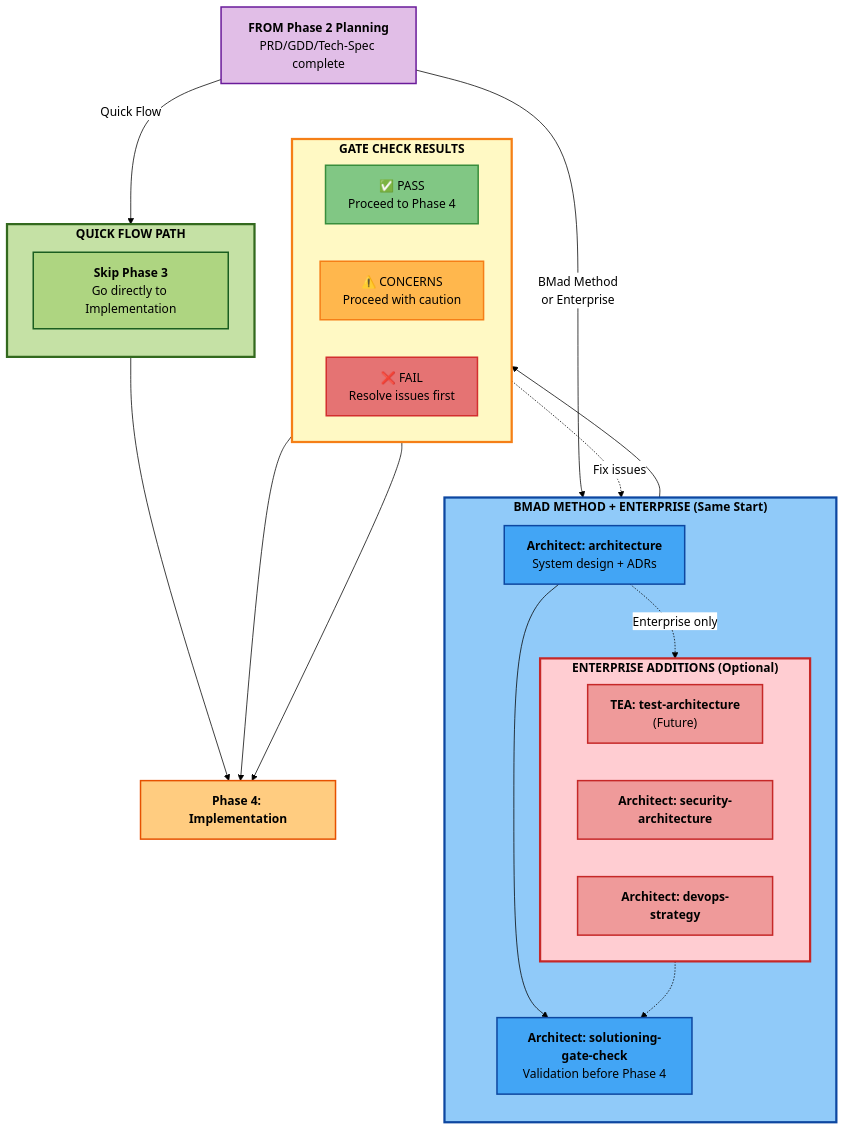
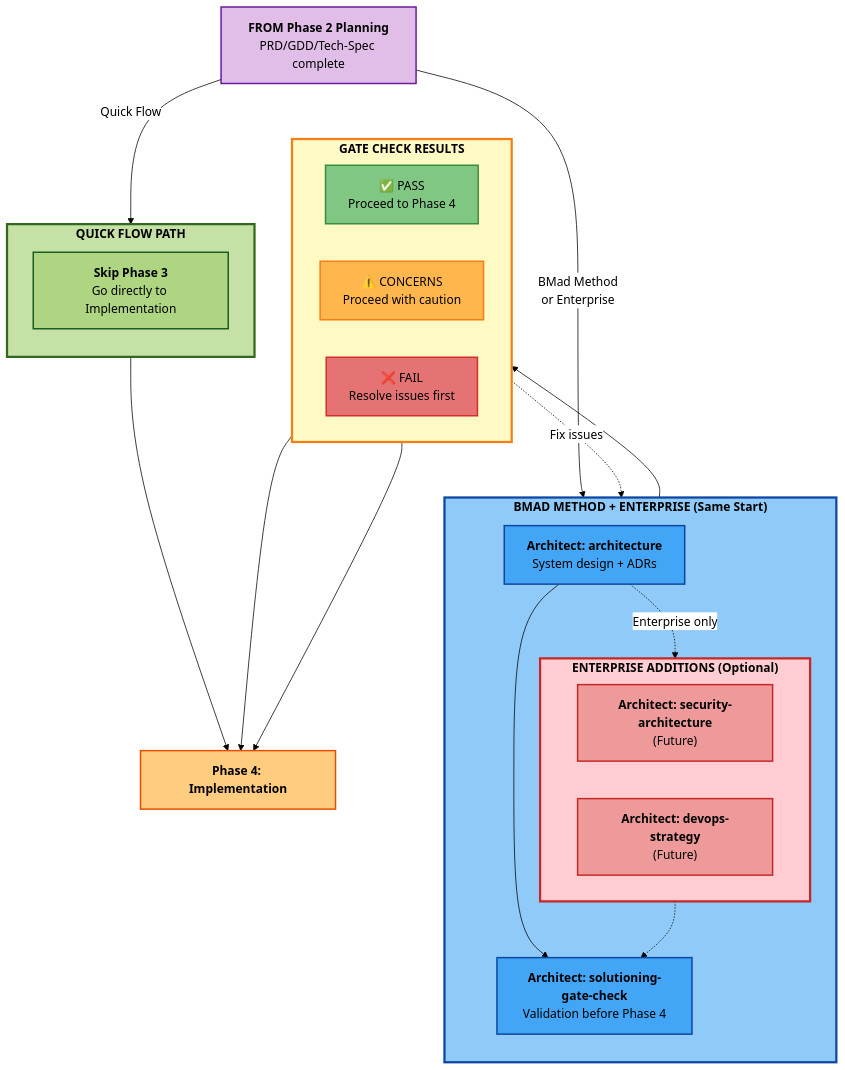
One commit to zsutxz/BMAD-METHOD changed the diagram in src/modules/bmm/docs/workflows-solutioning.md. Above: the diagram before and after it, drawn with Mermaid. The commit also changed other lines of this file and 6 other files, not shown here.

````diff
--- a/src/modules/bmm/docs/workflows-solutioning.md
+++ b/src/modules/bmm/docs/workflows-solutioning.md
@@ -19,61 +19,59 @@
 ```mermaid
 %%{init: {'theme':'base', 'themeVariables': { 'primaryColor':'#fff','primaryTextColor':'#000','primaryBorderColor':'#000','lineColor':'#000','fontSize':'16px','fontFamily':'arial'}}}%%
 graph TB
     FromPlanning["<b>FROM Phase 2 Planning</b><br/>PRD/GDD/Tech-Spec complete"]
 
     subgraph QuickFlow["<b>QUICK FLOW PATH</b>"]
         direction TB
         SkipArch["<b>Skip Phase 3</b><br/>Go directly to Implementation"]
     end
 
     subgraph BMadEnterprise["<b>BMAD METHOD + ENTERPRISE (Same Start)</b>"]
         direction TB
         Architecture["<b>Architect: architecture</b><br/>System design + ADRs"]
 
         subgraph Optional["<b>ENTERPRISE ADDITIONS (Optional)</b>"]
             direction LR
-            TestArch["<b>TEA: test-architecture</b><br/>(Future)"]
-            SecArch["<b>Architect: security-architecture</b>"]
-            DevOps["<b>Architect: devops-strategy</b>"]
+            SecArch["<b>Architect: security-architecture</b><br/>(Future)"]
+            DevOps["<b>Architect: devops-strategy</b><br/>(Future)"]
         end
 
         GateCheck["<b>Architect: solutioning-gate-check</b><br/>Validation before Phase 4"]
 
         Architecture -.->|Enterprise only| Optional
         Architecture --> GateCheck
         Optional -.-> GateCheck
     end
 
     subgraph Result["<b>GATE CHECK RESULTS</b>"]
         direction LR
         Pass["✅ PASS<br/>Proceed to Phase 4"]
         Concerns["⚠️ CONCERNS<br/>Proceed with caution"]
         Fail["❌ FAIL<br/>Resolve issues first"]
     end
 
     FromPlanning -->|Quick Flow| QuickFlow
     FromPlanning -->|BMad Method<br/>or Enterprise| Architecture
 
     QuickFlow --> Phase4["<b>Phase 4: Implementation</b>"]
     GateCheck --> Result
     Pass --> Phase4
     Concerns --> Phase4
     Fail -.->|Fix issues| Architecture
 
     style FromPlanning fill:#e1bee7,stroke:#6a1b9a,stroke-width:2px,color:#000
     style QuickFlow fill:#c5e1a5,stroke:#33691e,stroke-width:3px,color:#000
     style BMadEnterprise fill:#90caf9,stroke:#0d47a1,stroke-width:3px,color:#000
     style Optional fill:#ffcdd2,stroke:#c62828,stroke-width:3px,color:#000
     style Result fill:#fff9c4,stroke:#f57f17,stroke-width:3px,color:#000
     style Phase4 fill:#ffcc80,stroke:#e65100,stroke-width:2px,color:#000
 
     style SkipArch fill:#aed581,stroke:#1b5e20,stroke-width:2px,color:#000
     style Architecture fill:#42a5f5,stroke:#0d47a1,stroke-width:2px,color:#000
-    style TestArch fill:#ef9a9a,stroke:#c62828,stroke-width:2px,color:#000
     style SecArch fill:#ef9a9a,stroke:#c62828,stroke-width:2px,color:#000
     style DevOps fill:#ef9a9a,stroke:#c62828,stroke-width:2px,color:#000
     style GateCheck fill:#42a5f5,stroke:#0d47a1,stroke-width:2px,color:#000
     style Pass fill:#81c784,stroke:#388e3c,stroke-width:2px,color:#000
     style Concerns fill:#ffb74d,stroke:#f57f17,stroke-width:2px,color:#000
     style Fail fill:#e57373,stroke:#d32f2f,stroke-width:2px,color:#000
 ```
````
